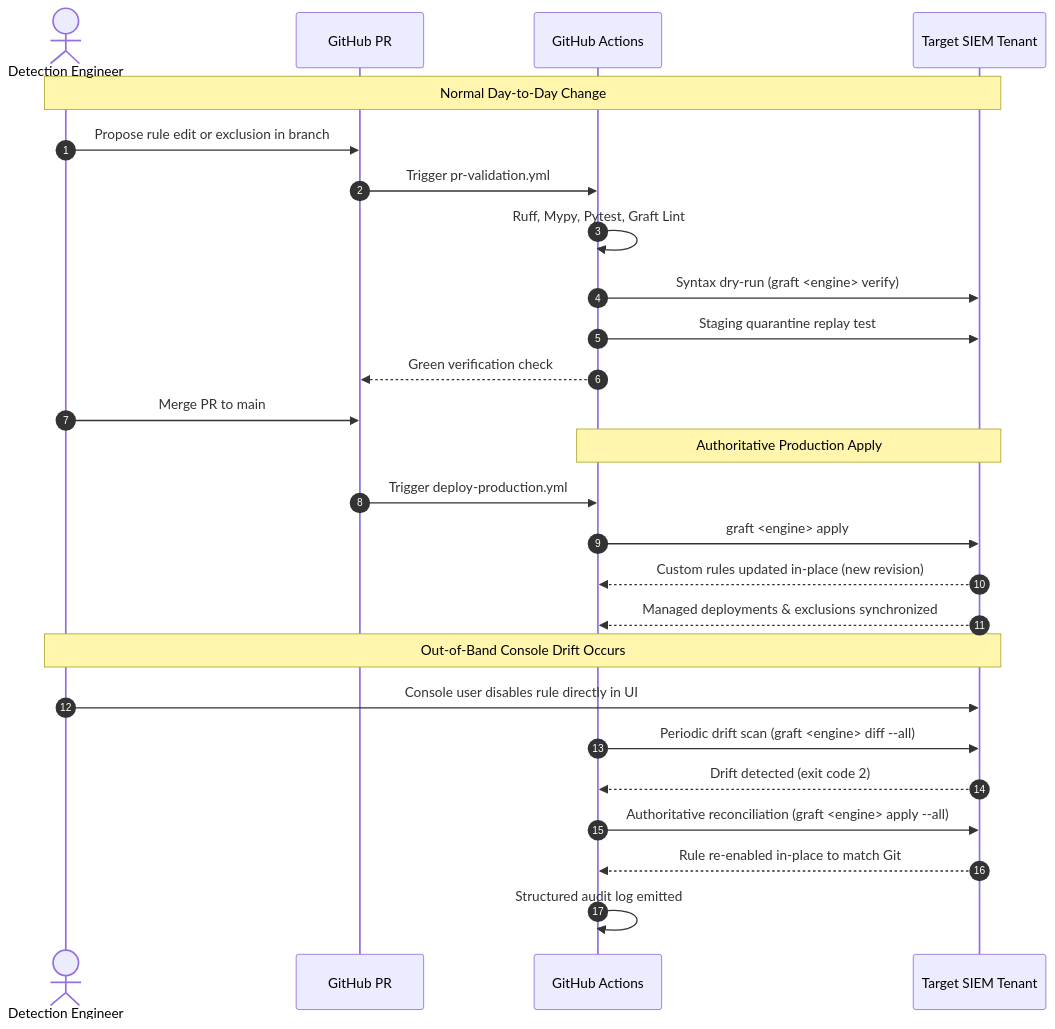
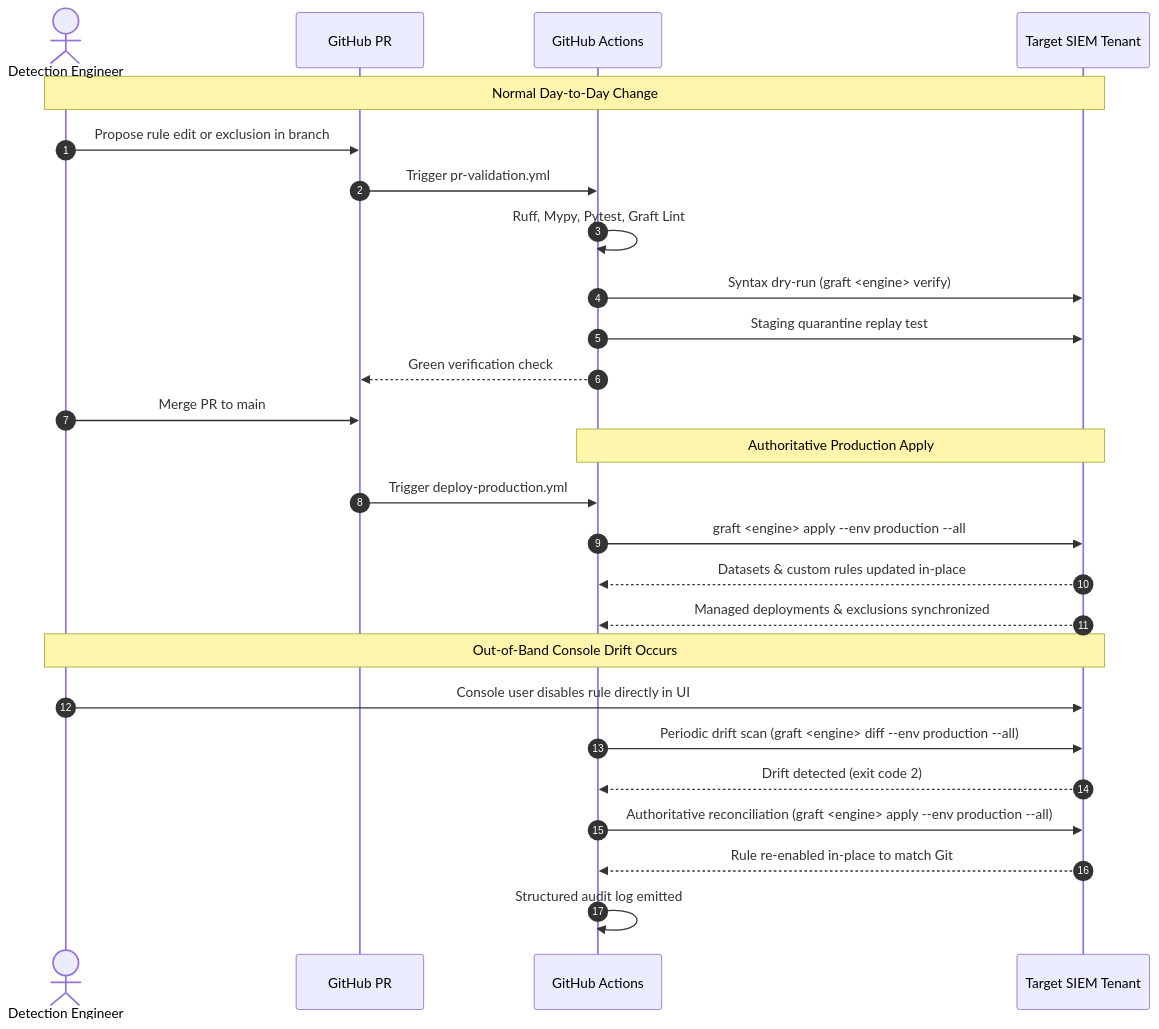
Before and after one commit to lopes/graft: the second of 2 diagrams in docs/operators/adoption.md, drawn with Mermaid. The commit also changed other lines of this file and 73 other files, not shown here.

````diff
--- a/docs/operators/adoption.md
+++ b/docs/operators/adoption.md
@@ -212,31 +212,31 @@
 ```mermaid
 sequenceDiagram
     autonumber
     actor Analyst as Detection Engineer
     participant PR as GitHub PR
     participant CI as GitHub Actions
     participant SIEM as Target SIEM Tenant
 
     Note over Analyst,SIEM: Normal Day-to-Day Change
     Analyst->>PR: Propose rule edit or exclusion in branch
     PR->>CI: Trigger pr-validation.yml
     CI->>CI: Ruff, Mypy, Pytest, Graft Lint
     CI->>SIEM: Syntax dry-run (graft <engine> verify)
     CI->>SIEM: Staging quarantine replay test
     CI-->>PR: Green verification check
     Analyst->>PR: Merge PR to main
 
     Note over CI,SIEM: Authoritative Production Apply
     PR->>CI: Trigger deploy-production.yml
-    CI->>SIEM: graft <engine> apply
-    SIEM-->>CI: Custom rules updated in-place (new revision)
+    CI->>SIEM: graft <engine> apply --env production --all
+    SIEM-->>CI: Datasets & custom rules updated in-place
     SIEM-->>CI: Managed deployments & exclusions synchronized
 
     Note over Analyst,SIEM: Out-of-Band Console Drift Occurs
     Analyst->>SIEM: Console user disables rule directly in UI
-    CI->>SIEM: Periodic drift scan (graft <engine> diff --all)
+    CI->>SIEM: Periodic drift scan (graft <engine> diff --env production --all)
     SIEM-->>CI: Drift detected (exit code 2)
-    CI->>SIEM: Authoritative reconciliation (graft <engine> apply --all)
+    CI->>SIEM: Authoritative reconciliation (graft <engine> apply --env production --all)
     SIEM-->>CI: Rule re-enabled in-place to match Git
     CI->>CI: Structured audit log emitted
 ```
````
